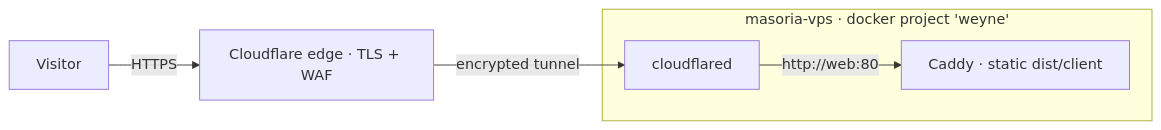
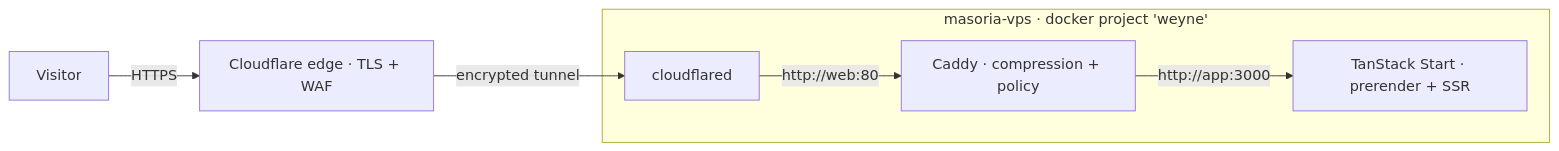
One commit to sum117/weyne-website changed the first of 2 diagrams in README.md. Above: the diagram before and after it, drawn with Mermaid. The commit also changed other lines of this file and 39 other files, not shown here.

````diff
--- a/README.md
+++ b/README.md
@@ -124,10 +138,12 @@
 ```mermaid
 flowchart LR
   U["Visitor"] -->|HTTPS| CF["Cloudflare edge · TLS + WAF"]
   CF -->|encrypted tunnel| CFD["cloudflared"]
-  CFD -->|http://web:80| W["Caddy · static dist/client"]
+  CFD -->|http://web:80| W["Caddy · compression + policy"]
+  W -->|http://app:3000| A["TanStack Start · prerender + SSR"]
   subgraph VPS["masoria-vps · docker project 'weyne'"]
     CFD
     W
+    A
   end
 ```
````
